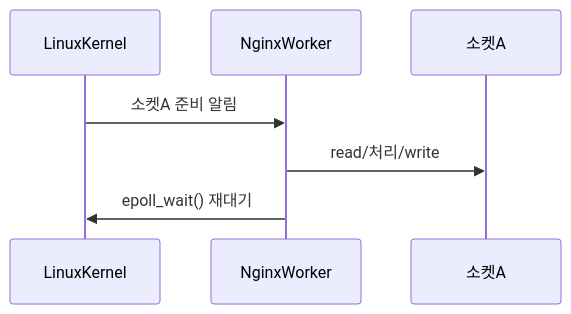
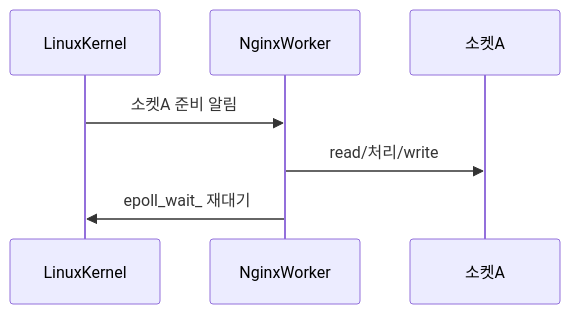
Before and after one commit to yjkim2015/yjkim2015.github.io: the third of 18 diagrams in _posts/server/2026-05-01-nginx.md, drawn with Mermaid. The commit also changed other lines of this file and 85 other files, not shown here.

First line of the commit message:
sequenceDiagram 문법 에러 2차 수정 169개 (86파일)

````diff
--- a/_posts/server/2026-05-01-nginx.md
+++ b/_posts/server/2026-05-01-nginx.md
@@ -64,6 +64,6 @@
 ```mermaid
 sequenceDiagram
     LinuxKernel->>NginxWorker: 소켓A 준비 알림
     NginxWorker->>소켓A: read/처리/write
-    NginxWorker->>LinuxKernel: epoll_wait() 재대기
+    NginxWorker->>LinuxKernel: epoll_wait_ 재대기
 ```
````
